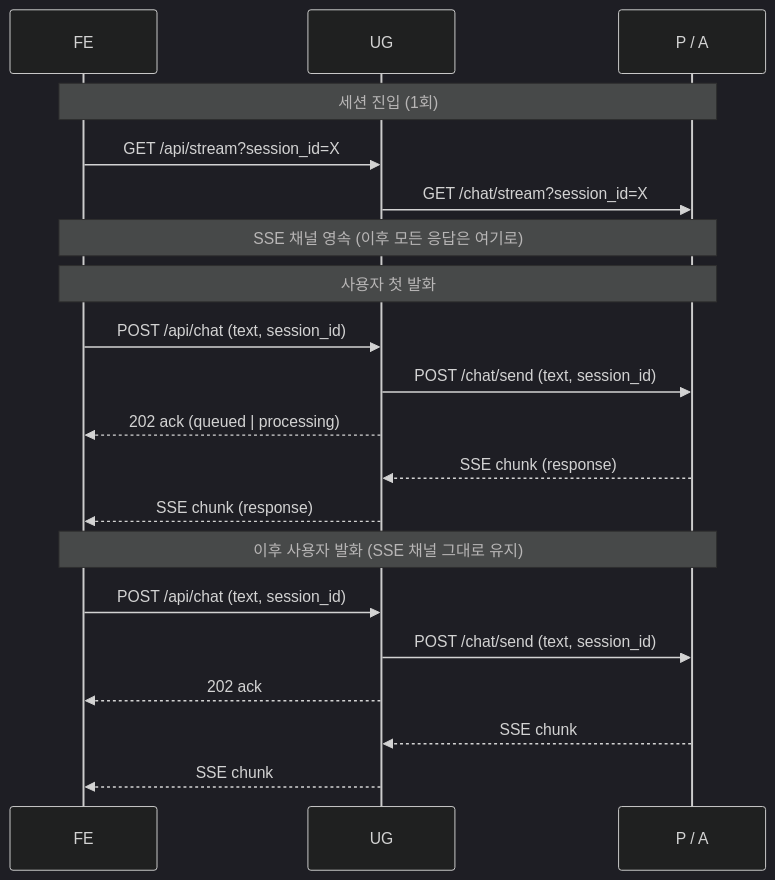
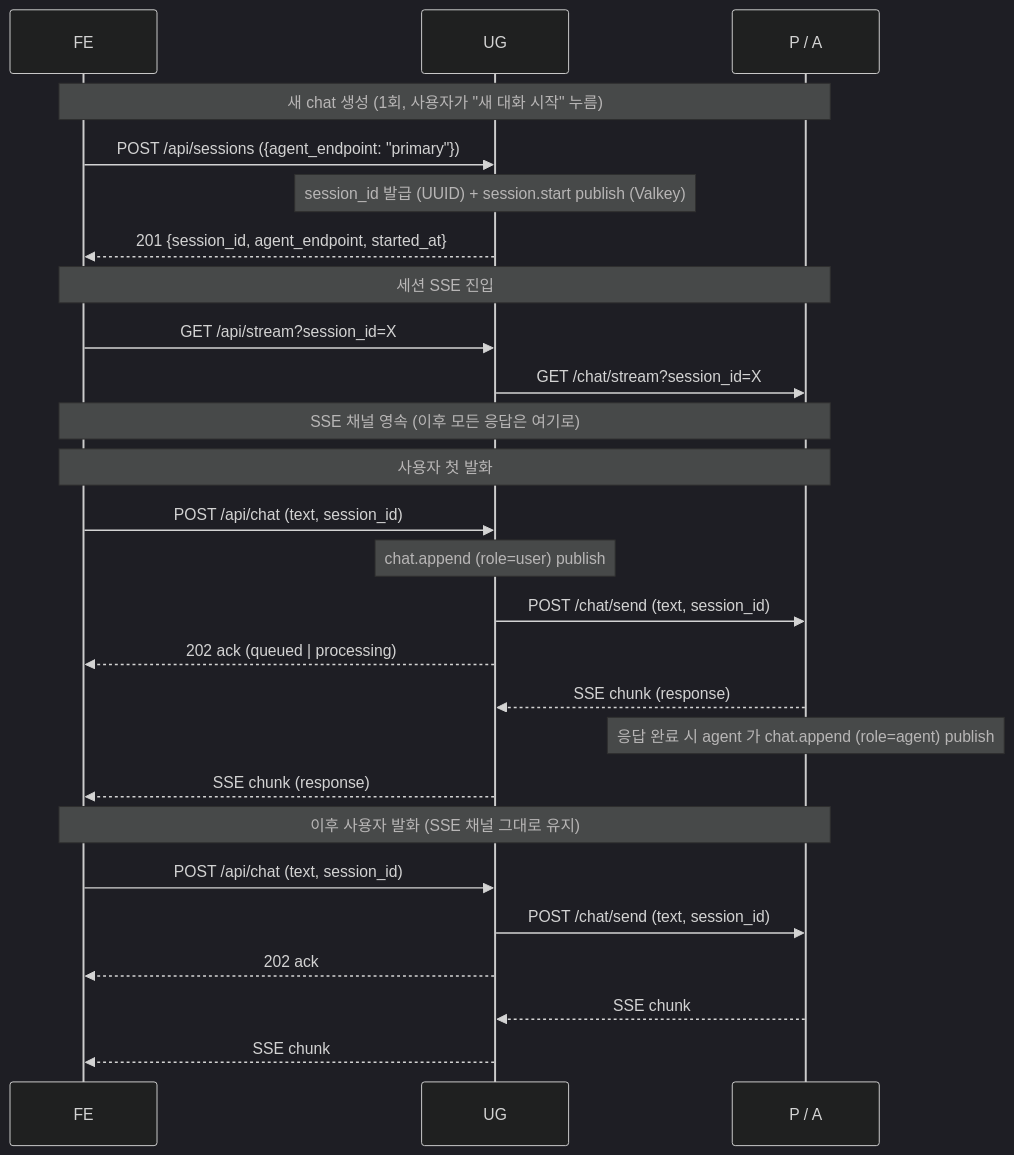
The diagram in docs/proposal/architecture-chat-protocol.md (vonkernel/dev-team), drawn with Mermaid (dark theme) before and after one commit. The commit also changed other lines of this file and 112 other files, not shown here.

First line of the commit message:
feat: #75 PR 4 — UG↔P/A chat protocol end-to-end (wire + graph + UG + FE + Assignment + a2a.context.end) (#80)

````diff
--- a/docs/proposal/architecture-chat-protocol.md
+++ b/docs/proposal/architecture-chat-protocol.md
@@ -49,25 +49,32 @@
 ```mermaid
 sequenceDiagram
     participant FE
     participant UG
     participant Agent as P / A
 
-    Note over FE,Agent: 세션 진입 (1회)
+    Note over FE,Agent: 새 chat 생성 (1회, 사용자가 "새 대화 시작" 누름)
+    FE->>UG: POST /api/sessions ({agent_endpoint: "primary"})
+    Note over UG: session_id 발급 (UUID) + session.start publish (Valkey)
+    UG-->>FE: 201 {session_id, agent_endpoint, started_at}
+
+    Note over FE,Agent: 세션 SSE 진입
     FE->>UG: GET /api/stream?session_id=X
     UG->>Agent: GET /chat/stream?session_id=X
     Note over FE,Agent: SSE 채널 영속 (이후 모든 응답은 여기로)
 
     Note over FE,Agent: 사용자 첫 발화
     FE->>UG: POST /api/chat (text, session_id)
+    Note over UG: chat.append (role=user) publish
     UG->>Agent: POST /chat/send (text, session_id)
     UG-->>FE: 202 ack (queued | processing)
     Agent-->>UG: SSE chunk (response)
+    Note over Agent: 응답 완료 시 agent 가 chat.append (role=agent) publish
     UG-->>FE: SSE chunk (response)
 
     Note over FE,Agent: 이후 사용자 발화 (SSE 채널 그대로 유지)
     FE->>UG: POST /api/chat (text, session_id)
     UG->>Agent: POST /chat/send (text, session_id)
     UG-->>FE: 202 ack
     Agent-->>UG: SSE chunk
     UG-->>FE: SSE chunk
 ```
````
